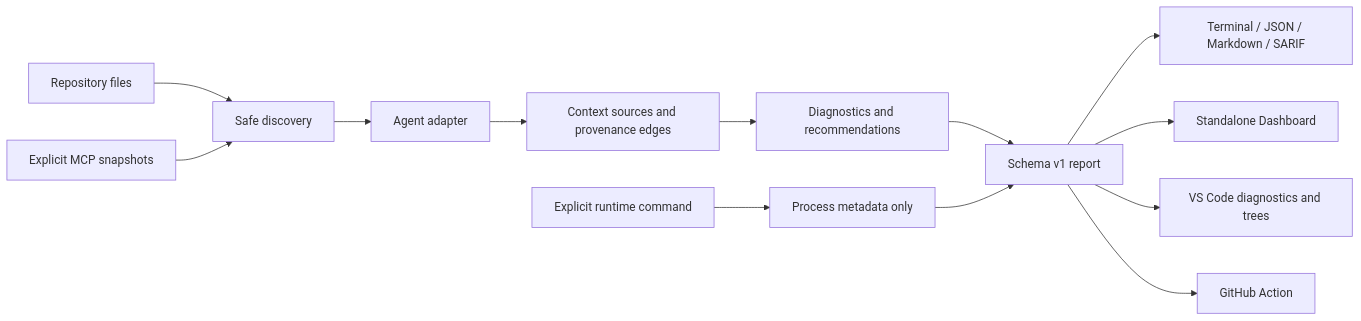
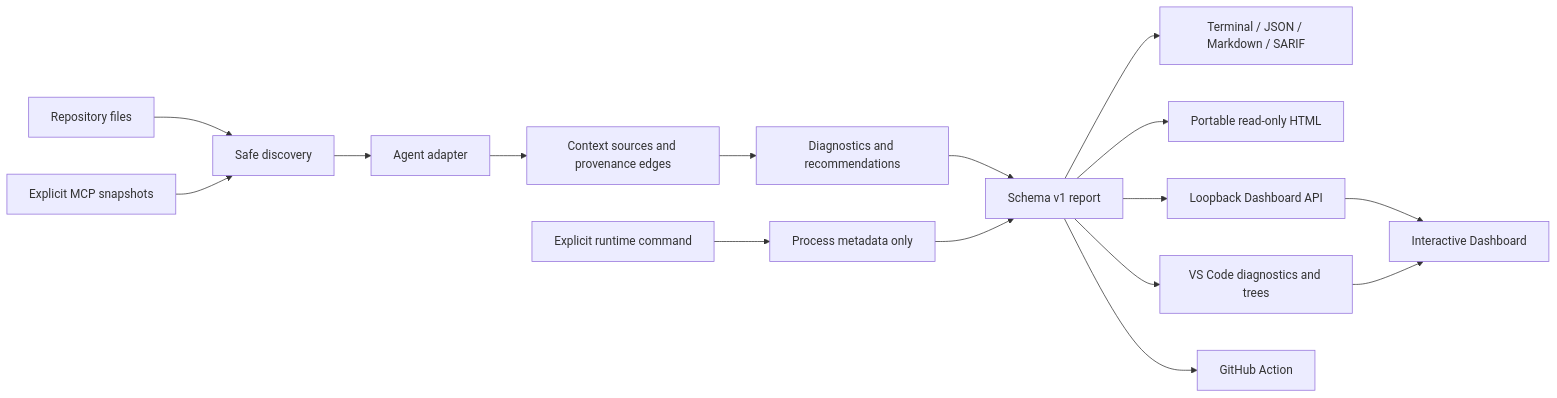
The diagram in docs/ARCHITECTURE.md (RTPI-ltc/context-ray), drawn with Mermaid before and after one commit. The commit also changed other lines of this file and 35 other files, not shown here.

````diff
--- a/docs/ARCHITECTURE.md
+++ b/docs/ARCHITECTURE.md
@@ -13,15 +13,18 @@
 ```mermaid
 flowchart LR
   A["Repository files"] --> B["Safe discovery"]
   S["Explicit MCP snapshots"] --> B
   B --> C["Agent adapter"]
   C --> D["Context sources and provenance edges"]
   D --> E["Diagnostics and recommendations"]
   E --> R["Schema v1 report"]
   R --> CLI["Terminal / JSON / Markdown / SARIF"]
-  R --> HTML["Standalone Dashboard"]
+  R --> HTML["Portable read-only HTML"]
+  R --> API["Loopback Dashboard API"]
+  API --> LIVE["Interactive Dashboard"]
   R --> IDE["VS Code diagnostics and trees"]
+  IDE --> LIVE
   R --> CI["GitHub Action"]
   X["Explicit runtime command"] --> O["Process metadata only"]
   O --> R
 ```
````
